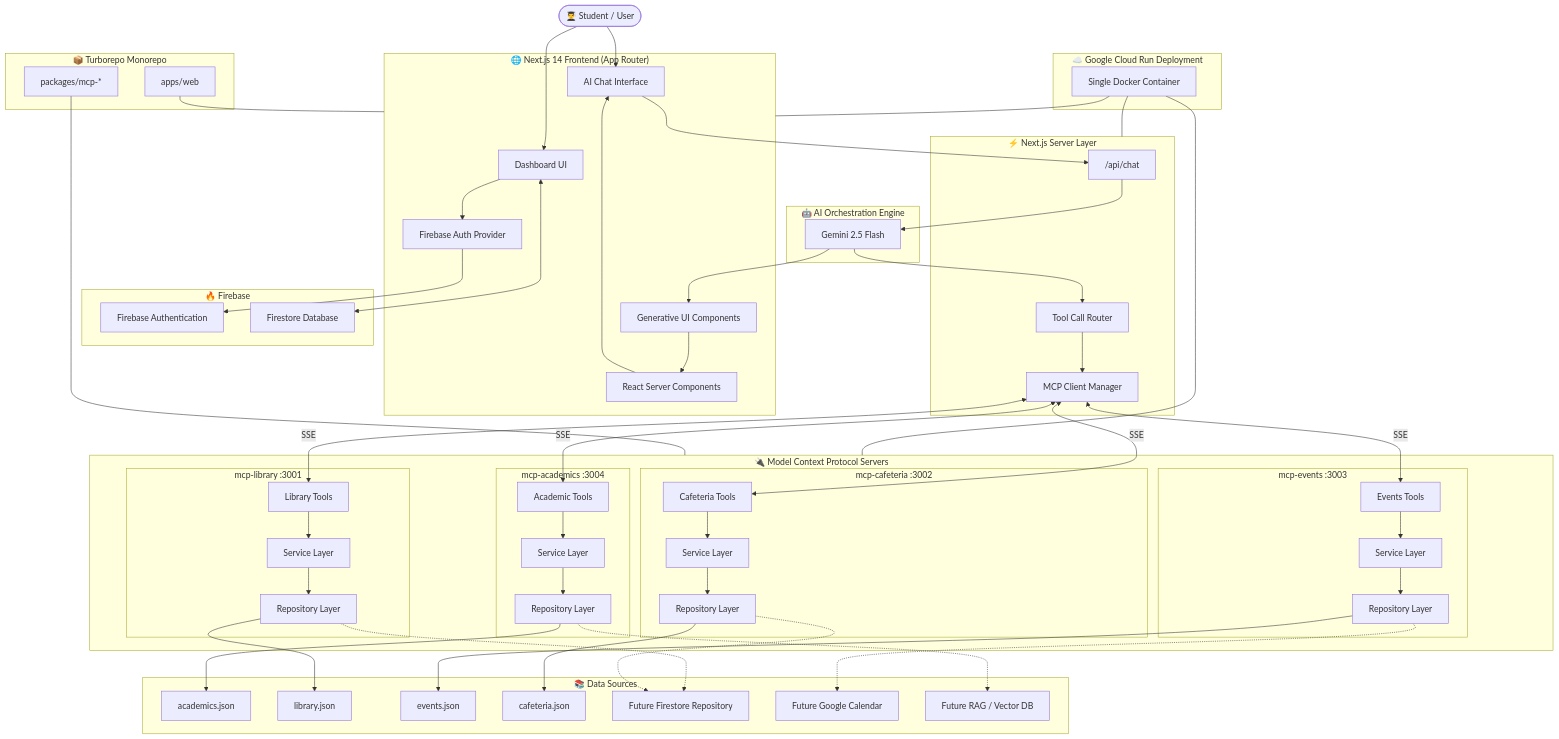
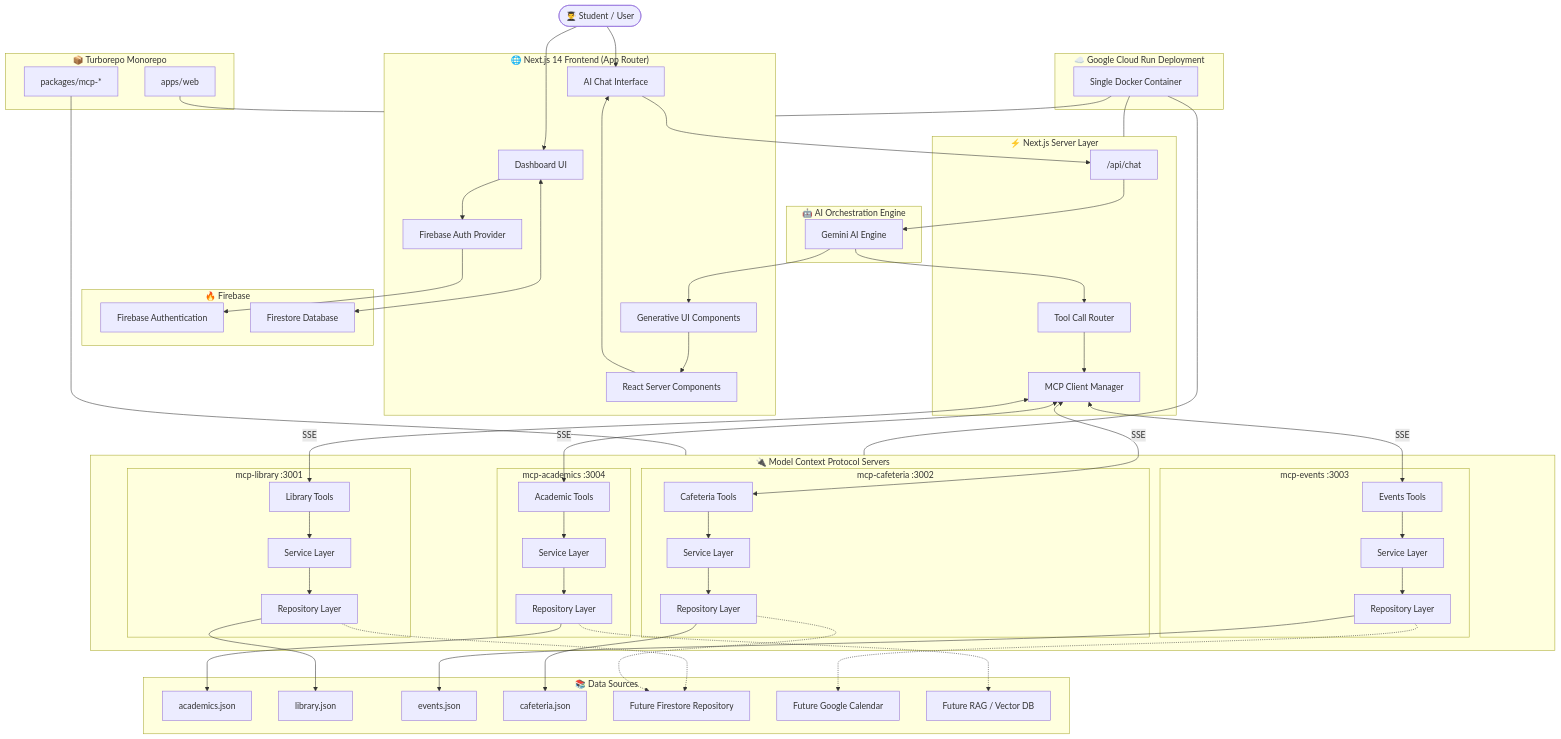
Before and after one commit to mannyk-12/AURA: the diagram in README.md, drawn with Mermaid.

Commit message:
docs: updated README [skip ci]

```diff
--- a/README.md
+++ b/README.md
@@ -83,7 +83,7 @@
 end
 
 subgraph AI["🤖 AI Orchestration Engine"]
-    Gemini["Gemini 2.5 Flash"]
+    Gemini["Gemini AI Engine"]
 end
 
 %% =========================================================
```
